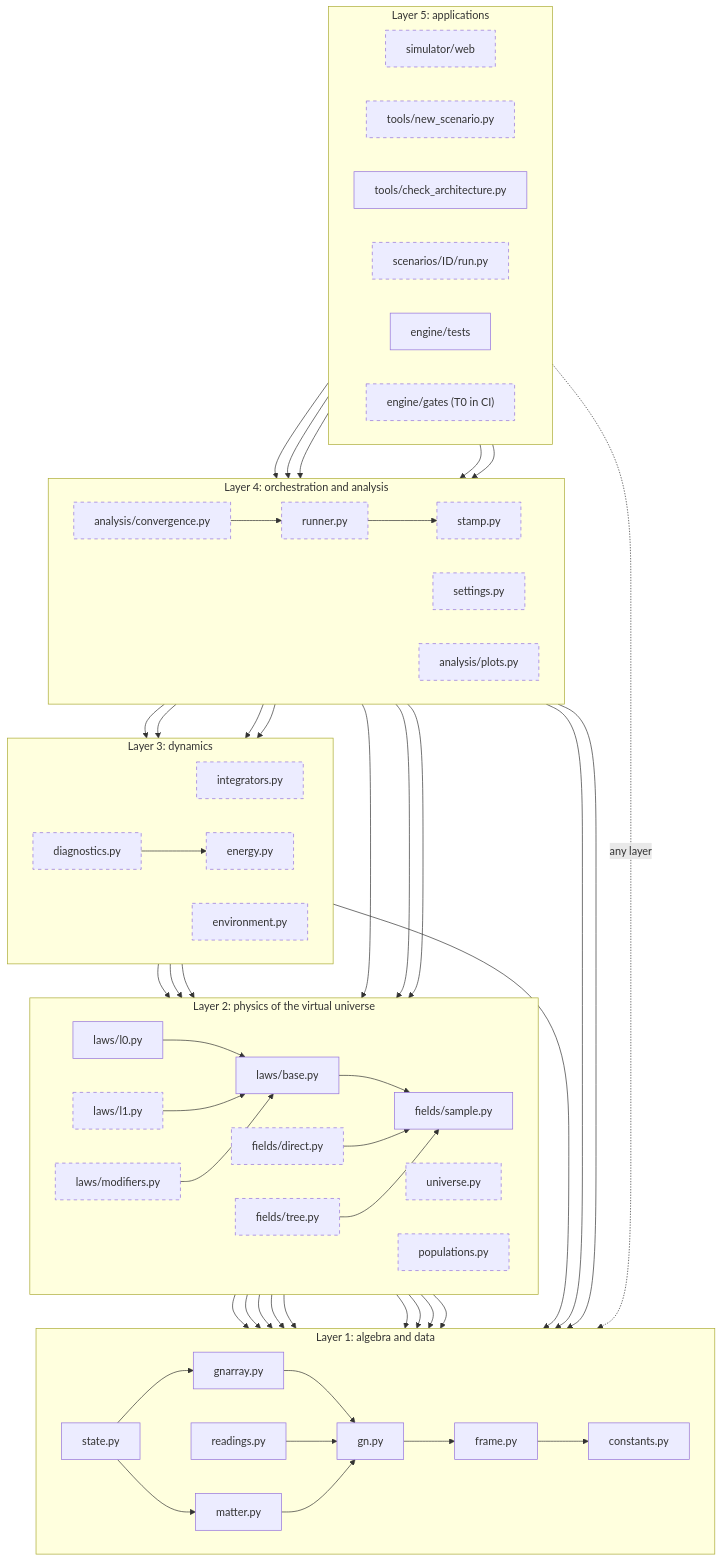
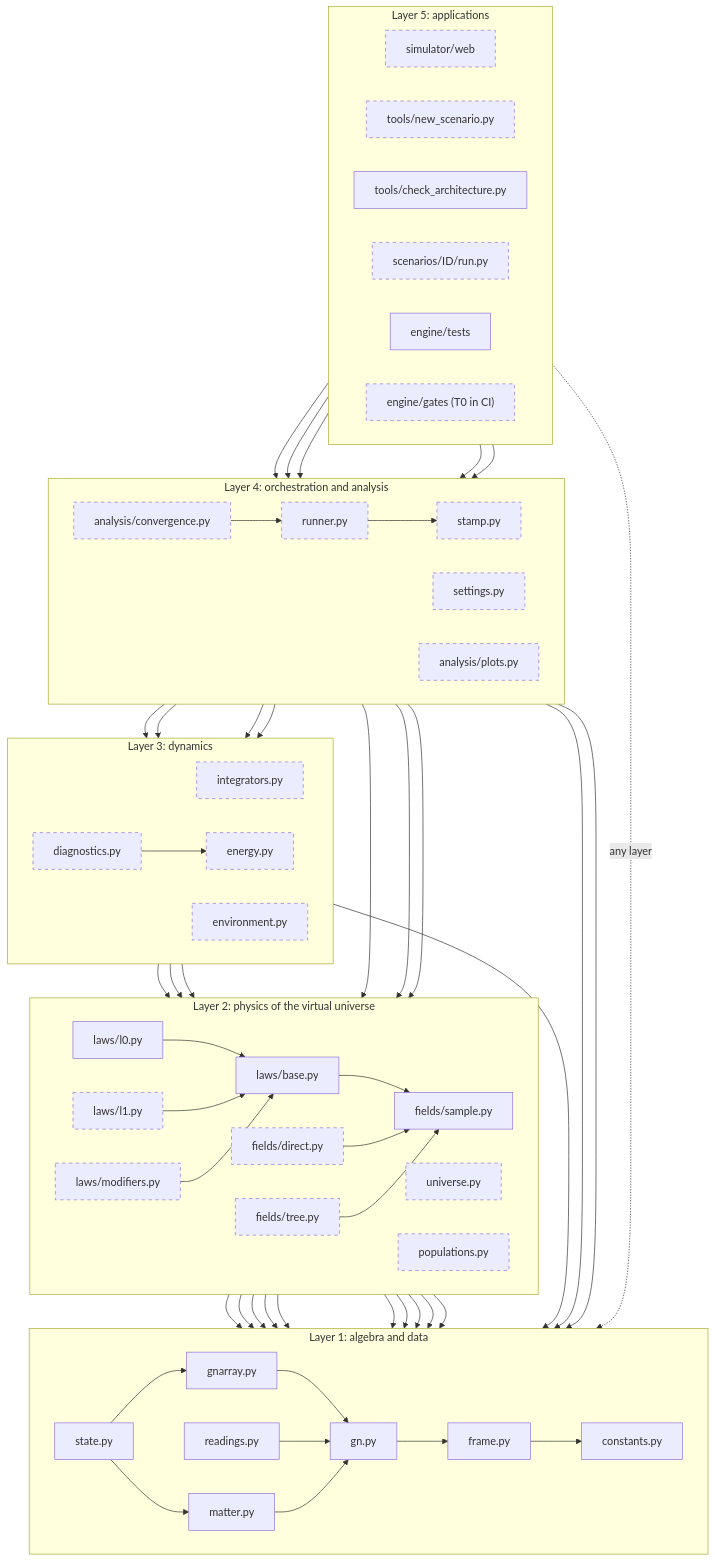
Before and after one commit to MostafaDerraz/cosmic-mass-lab: the second of 8 diagrams in ARCHITECTURE.md, drawn with Mermaid. The commit also changed other lines of this file and 9 other files, not shown here.

```diff
--- a/ARCHITECTURE.md
+++ b/ARCHITECTURE.md
@@ -202,7 +202,8 @@
     fieldsample --> gnarray
     state --> gnarray
     lawbase --> readings
-    fields --> gnarray
+    fields --> state
+    fields --> constants
     fieldsfast --> gnarray
     universe --> frame
     populations --> matter
```
